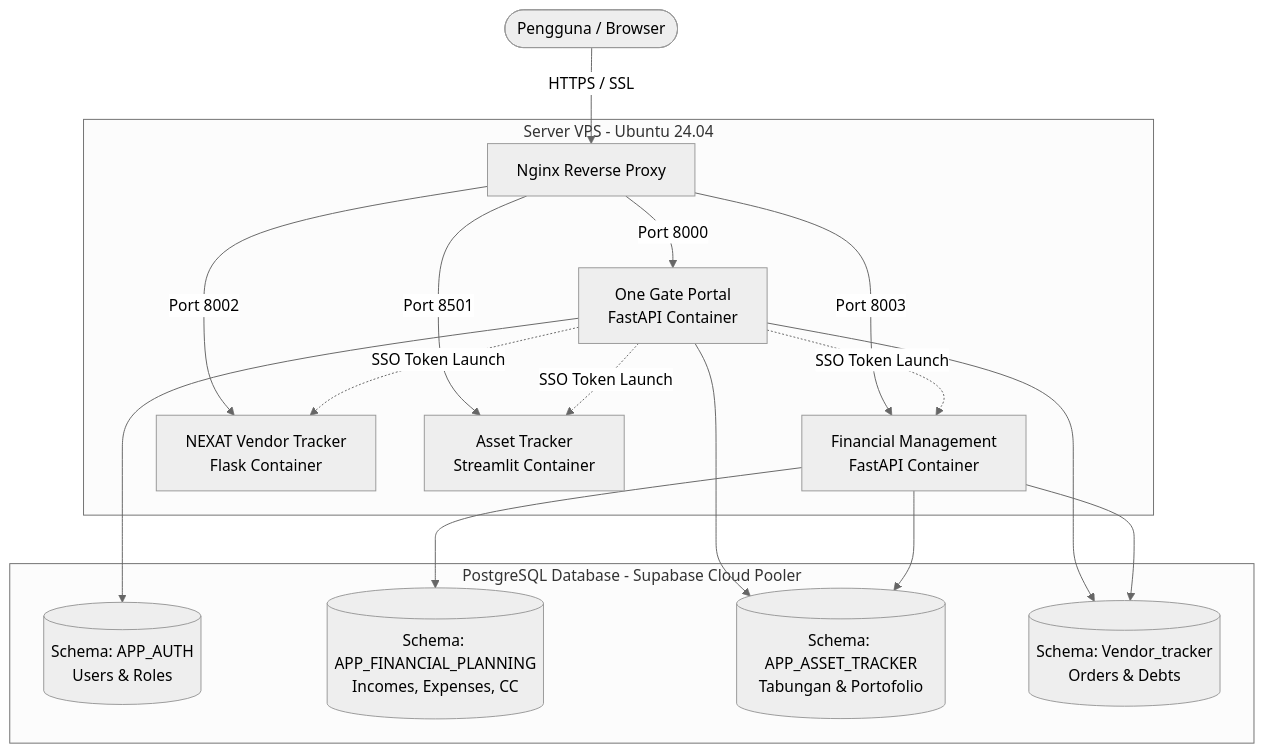
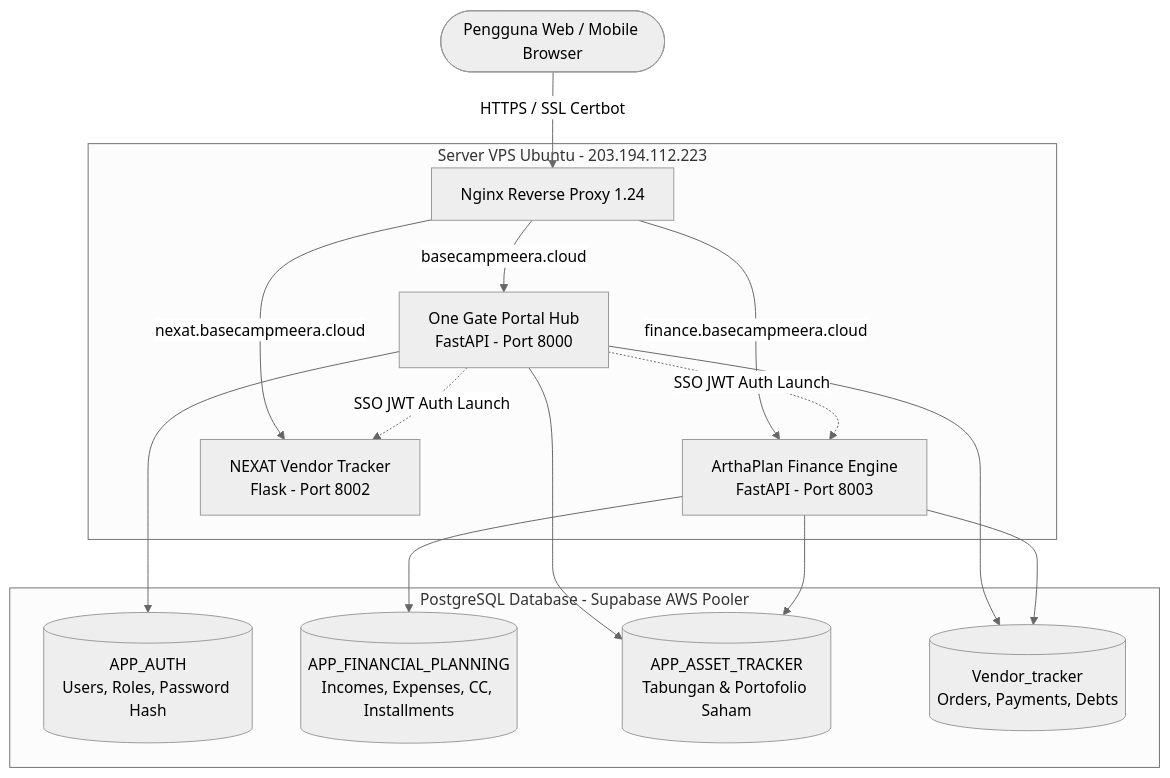
One commit to Makrufkasr/Practice-Program changed the diagram in one-gate-portal/PORTFOLIO.md. Above: the diagram before and after it, drawn with Mermaid (neutral theme). The commit also changed other lines of this file and 6 other files, not shown here.

````diff
--- a/one-gate-portal/PORTFOLIO.md
+++ b/one-gate-portal/PORTFOLIO.md
@@ -64,29 +73,27 @@
 ```mermaid
 flowchart TD
-    User([Pengguna / Browser]) -->|HTTPS / SSL| Nginx[Nginx Reverse Proxy]
+    Client([Pengguna Web / Mobile Browser]) -->|HTTPS / SSL Certbot| Nginx[Nginx Reverse Proxy 1.24]
     
-    subgraph Host_VPS [Server VPS - Ubuntu 24.04]
-        Nginx -->|Port 8000| Portal[One Gate Portal\nFastAPI Container]
-        Nginx -->|Port 8003| Finance[Financial Management\nFastAPI Container]
-        Nginx -->|Port 8002| Nexat[NEXAT Vendor Tracker\nFlask Container]
-        Nginx -->|Port 8501| AssetTracker[Asset Tracker\nStreamlit Container]
+    subgraph Host_VPS [Server VPS Ubuntu - 203.194.112.223]
+        Nginx -->|basecampmeera.cloud| Portal[One Gate Portal Hub\nFastAPI - Port 8000]
+        Nginx -->|finance.basecampmeera.cloud| Finance[ArthaPlan Finance Engine\nFastAPI - Port 8003]
+        Nginx -->|nexat.basecampmeera.cloud| Nexat[NEXAT Vendor Tracker\nFlask - Port 8002]
         
-        Portal -.->|SSO Token Launch| Finance
-        Portal -.->|SSO Token Launch| Nexat
-        Portal -.->|SSO Token Launch| AssetTracker
+        Portal -.->|SSO JWT Auth Launch| Finance
+        Portal -.->|SSO JWT Auth Launch| Nexat
     end
     
-    subgraph Cloud_Database [PostgreSQL Database - Supabase Cloud Pooler]
-        DB_Auth[(Schema: APP_AUTH\nUsers & Roles)]
-        DB_Fin[(Schema: APP_FINANCIAL_PLANNING\nIncomes, Expenses, CC)]
-        DB_Asset[(Schema: APP_ASSET_TRACKER\nTabungan & Portofolio)]
-        DB_Vendor[(Schema: Vendor_tracker\nOrders & Debts)]
+    subgraph Cloud_Storage [PostgreSQL Database - Supabase AWS Pooler]
+        DB_Auth[(APP_AUTH\nUsers, Roles, Password Hash)]
+        DB_Fin[(APP_FINANCIAL_PLANNING\nIncomes, Expenses, CC, Installments)]
+        DB_Asset[(APP_ASSET_TRACKER\nTabungan & Portofolio Saham)]
+        DB_Vendor[(Vendor_tracker\nOrders, Payments, Debts)]
     end
     
     Portal --> DB_Auth
     Portal --> DB_Asset
     Portal --> DB_Vendor
     Finance --> DB_Fin
     Finance --> DB_Asset
     Finance --> DB_Vendor
 ```
````
